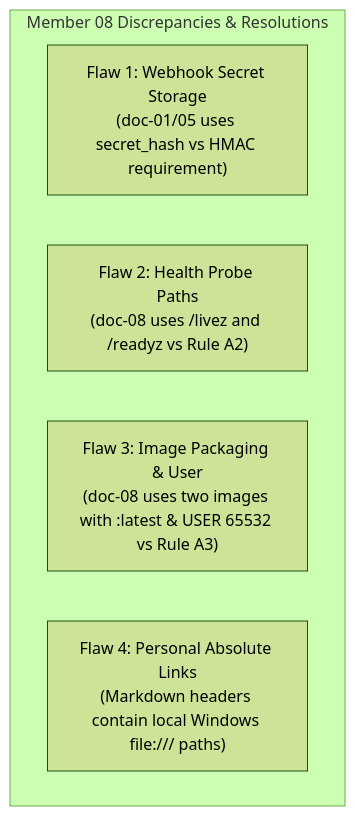
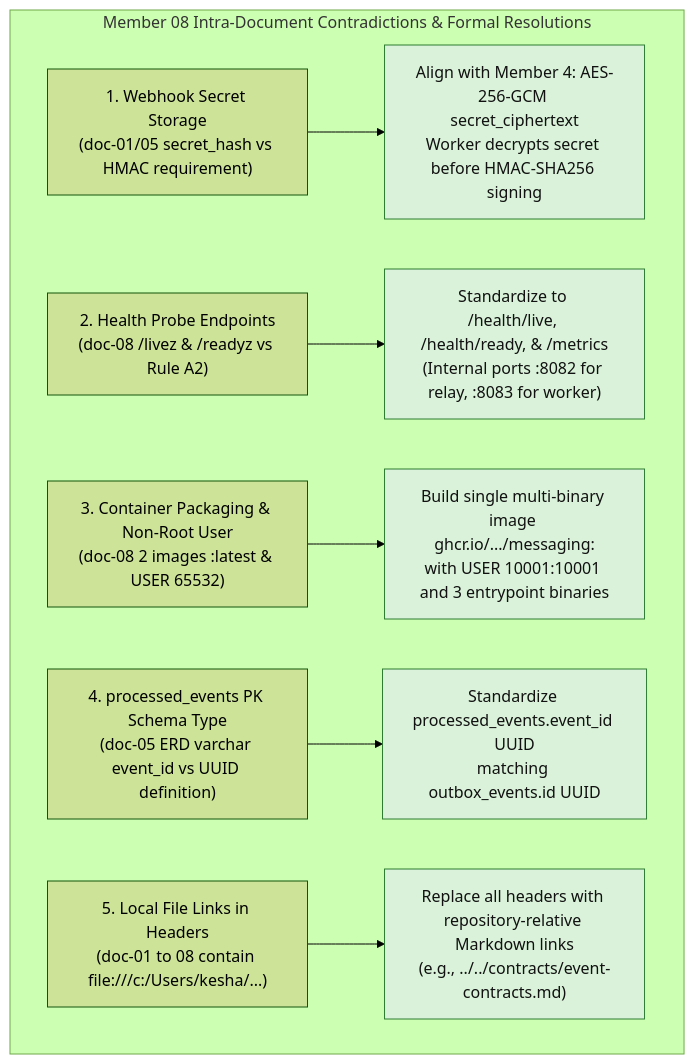
One commit to phantomTroupeEAD/SwiftDrop changed the first of 2 diagrams in docs/drafts/member-08-events-messaging/MEMBER_08_ALIGNMENT_AND_SPECIFICATION_GUIDE.md. Above: the diagram before and after it, drawn with Mermaid (forest theme). The commit also changed other lines of this file and 3 other files, not shown here.

Commit message:
docs(events-messaging): rerun audit and add comprehensive alignment guide for member 08

````diff
--- a/docs/drafts/member-08-events-messaging/MEMBER_08_ALIGNMENT_AND_SPECIFICATION_GUIDE.md
+++ b/docs/drafts/member-08-events-messaging/MEMBER_08_ALIGNMENT_AND_SPECIFICATION_GUIDE.md
@@ -47,9 +51,15 @@
 ```mermaid
 flowchart TD
-    subgraph Discrepancies ["Member 08 Discrepancies & Resolutions"]
-        D1["Flaw 1: Webhook Secret Storage<br/>(doc-01/05 uses secret_hash vs HMAC requirement)"]
-        D2["Flaw 2: Health Probe Paths<br/>(doc-08 uses /livez and /readyz vs Rule A2)"]
-        D3["Flaw 3: Image Packaging & User<br/>(doc-08 uses two images with :latest & USER 65532 vs Rule A3)"]
-        D4["Flaw 4: Personal Absolute Links<br/>(Markdown headers contain local Windows file:/// paths)"]
+    subgraph M8Contradictions ["Member 08 Intra-Document Contradictions & Formal Resolutions"]
+        C1["1. Webhook Secret Storage<br/>(doc-01/05 secret_hash vs HMAC requirement)"] --> R1["Align with Member 4: AES-256-GCM secret_ciphertext<br/>Worker decrypts secret before HMAC-SHA256 signing"]
+        C2["2. Health Probe Endpoints<br/>(doc-08 /livez & /readyz vs Rule A2)"] --> R2["Standardize to /health/live, /health/ready, & /metrics<br/>(Internal ports :8082 for relay, :8083 for worker)"]
+        C3["3. Container Packaging & Non-Root User<br/>(doc-08 2 images :latest & USER 65532)"] --> R3["Build single multi-binary image ghcr.io/.../messaging:<git-sha><br/>with USER 10001:10001 and 3 entrypoint binaries"]
+        C4["4. processed_events PK Schema Type<br/>(doc-05 ERD varchar event_id vs UUID definition)"] --> R4["Standardize processed_events.event_id UUID<br/>matching outbox_events.id UUID"]
+        C5["5. Local File Links in Headers<br/>(doc-01 to 08 contain file:///c:/Users/kesha/...)"] --> R5["Replace all headers with repository-relative Markdown links<br/>(e.g., ../../contracts/event-contracts.md)"]
     end
+    style R1 fill:#d9f2d9,stroke:#2e7d32,color:#111
+    style R2 fill:#d9f2d9,stroke:#2e7d32,color:#111
+    style R3 fill:#d9f2d9,stroke:#2e7d32,color:#111
+    style R4 fill:#d9f2d9,stroke:#2e7d32,color:#111
+    style R5 fill:#d9f2d9,stroke:#2e7d32,color:#111
 ```
````
